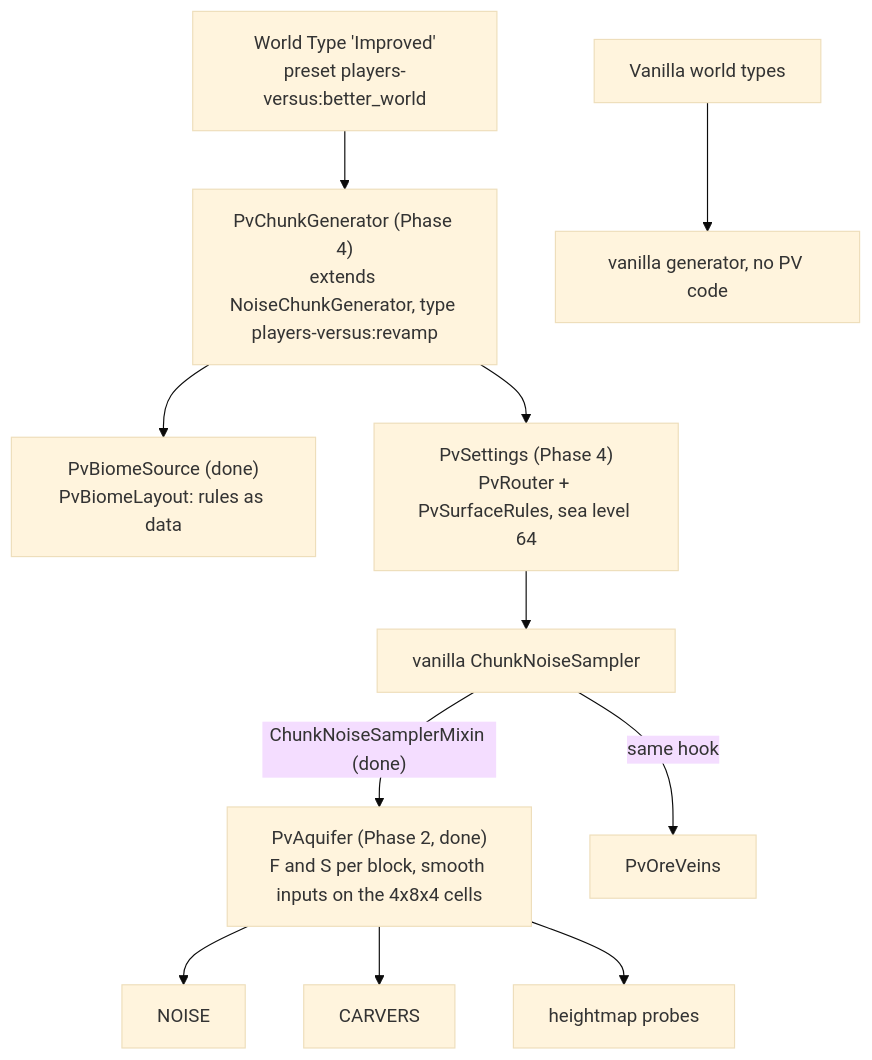
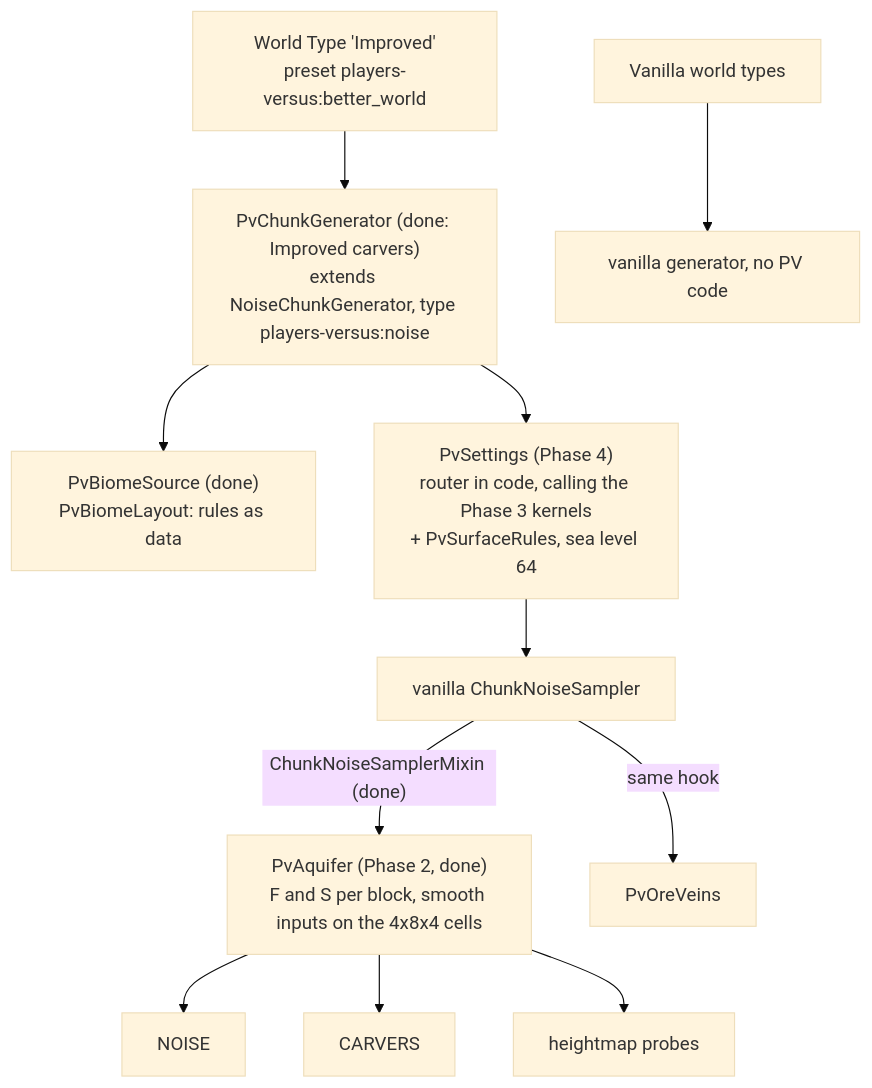
The second of 2 diagrams in docs/worldgen-refactor-plan.md (L-Apostrophe-Ecuyer/JavaMC-PlayersVersus), drawn with Mermaid (base theme) before and after one commit. The commit also changed other lines of this file and 1 other file, not shown here.

First line of the commit message:
Plan revision 5: Phase 3 done, what it taught about C2ME, carvers Improved-only

````diff
--- a/docs/worldgen-refactor-plan.md
+++ b/docs/worldgen-refactor-plan.md
@@ -227,13 +229,13 @@
 ```mermaid
 flowchart TD
-    WT["World Type 'Improved'<br/>preset players-versus:better_world"] --> GEN["PvChunkGenerator (Phase 4)<br/>extends NoiseChunkGenerator, type players-versus:revamp"]
+    WT["World Type 'Improved'<br/>preset players-versus:better_world"] --> GEN["PvChunkGenerator (done: Improved carvers)<br/>extends NoiseChunkGenerator, type players-versus:noise"]
     GEN --> BS["PvBiomeSource (done)<br/>PvBiomeLayout: rules as data"]
-    GEN --> SET["PvSettings (Phase 4)<br/>PvRouter + PvSurfaceRules, sea level 64"]
+    GEN --> SET["PvSettings (Phase 4)<br/>router in code, calling the Phase 3 kernels<br/>+ PvSurfaceRules, sea level 64"]
     SET --> CNS["vanilla ChunkNoiseSampler"]
     CNS -->|"ChunkNoiseSamplerMixin (done)"| AQ["PvAquifer (Phase 2, done)<br/>F and S per block, smooth inputs on the 4x8x4 cells"]
     CNS -->|"same hook"| ORE["PvOreVeins"]
     AQ --> NOISE["NOISE"]
     AQ --> CARV["CARVERS"]
     AQ --> HM["heightmap probes"]
     VAN["Vanilla world types"] --> VGEN["vanilla generator, no PV code"]
 ```
````
